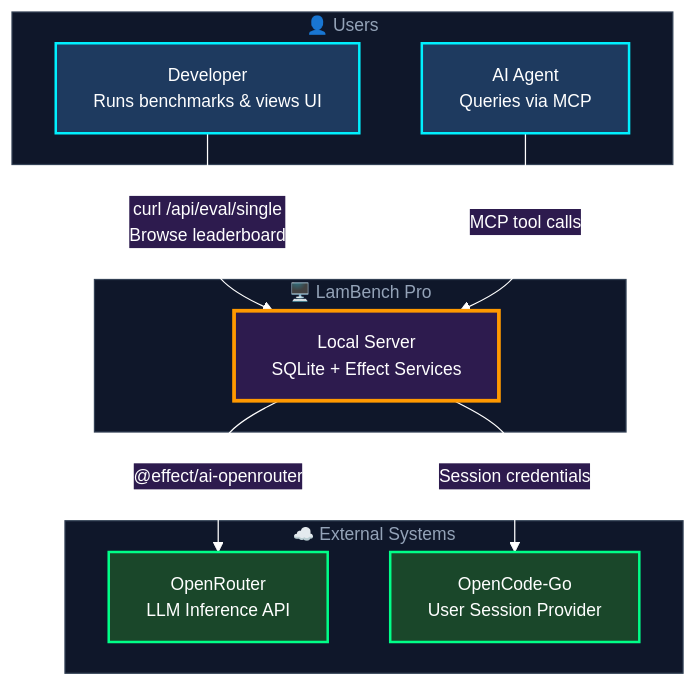
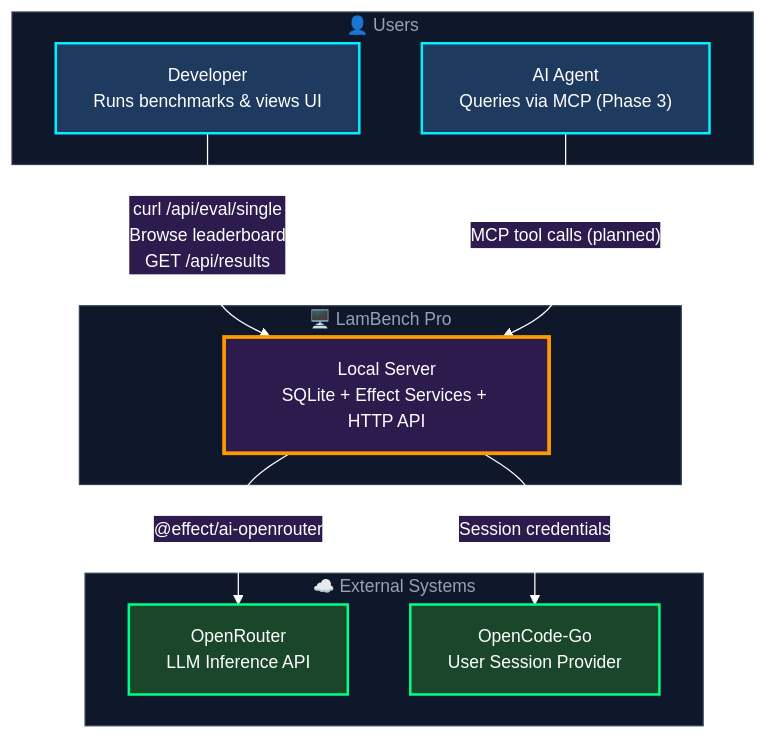
Before and after one commit to lambda-solver/lambdabench-pro: the fourth of 15 diagrams in docs/architecture-and-domain.md, drawn with Mermaid. The commit also changed other lines of this file and 43 other files, not shown here.

First line of the commit message:
feat: Phase 2-3 HTTP API, CLI, MCP, typed client + drift fixes

````diff
--- a/docs/architecture-and-domain.md
+++ b/docs/architecture-and-domain.md
@@ -279,41 +281,41 @@
 ```mermaid
 %%{init: {'theme': 'base', 'themeVariables': { 
   'background': '#0a0a0a',
   'primaryColor': '#1e3a5f',
   'primaryTextColor': '#ffffff',
   'primaryBorderColor': '#00f0ff',
   'lineColor': '#ffffff',
   'secondaryColor': '#2d1b4e',
   'tertiaryColor': '#1a472a',
   'fontFamily': 'monospace',
   'fontSize': '14px'
 }}}%%
 flowchart TB
     subgraph Users["👤 Users"]
         DEV["Developer<br/>Runs benchmarks & views UI"]
-        AGENT["AI Agent<br/>Queries via MCP"]
+        AGENT["AI Agent<br/>Queries via MCP (Phase 3)"]
     end
 
     subgraph Core["🖥️ LamBench Pro"]
-        LB["Local Server<br/>SQLite + Effect Services"]
+        LB["Local Server<br/>SQLite + Effect Services + HTTP API"]
     end
 
     subgraph External["☁️ External Systems"]
         OR["OpenRouter<br/>LLM Inference API"]
         OCG["OpenCode-Go<br/>User Session Provider"]
     end
 
-    DEV -->|"curl /api/eval/single<br/>Browse leaderboard"| LB
-    AGENT -->|"MCP tool calls"| LB
+    DEV -->|"curl /api/eval/single<br/>Browse leaderboard<br/>GET /api/results"| LB
+    AGENT -->|"MCP tool calls (planned)"| LB
     LB -->|"@effect/ai-openrouter"| OR
     LB -->|"Session credentials"| OCG
 
     style DEV fill:#1e3a5f,stroke:#00f0ff,stroke-width:2px,color:#fff
     style AGENT fill:#1e3a5f,stroke:#00f0ff,stroke-width:2px,color:#fff
     style LB fill:#2d1b4e,stroke:#ff9900,stroke-width:3px,color:#fff
     style OR fill:#1a472a,stroke:#00ff88,stroke-width:2px,color:#fff
     style OCG fill:#1a472a,stroke:#00ff88,stroke-width:2px,color:#fff
     style Users fill:#0f172a,stroke:#334155,stroke-width:1px,color:#94a3b8
     style Core fill:#0f172a,stroke:#334155,stroke-width:1px,color:#94a3b8
     style External fill:#0f172a,stroke:#334155,stroke-width:1px,color:#94a3b8
 ```
````
